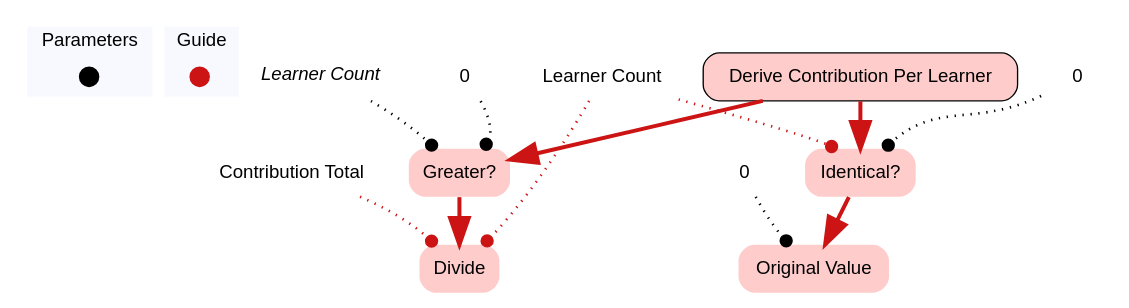
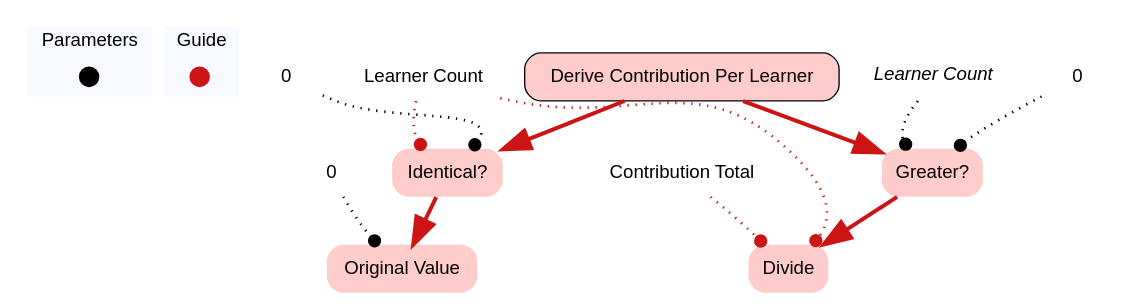
Before and after one commit to MilesParker/Synergies: the diagram in edu.osu.synergies.ascape/WebContent/SocialResources/graphvis/guide_deriveContributionPerLearner.dot, drawn with Graphviz. The commit also changed other lines of this file and 133 other files, not shown here.

```diff
--- a/edu.osu.synergies.ascape/WebContent/SocialResources/graphvis/guide_deriveContributionPerLearner.dot
+++ b/edu.osu.synergies.ascape/WebContent/SocialResources/graphvis/guide_deriveContributionPerLearner.dot
@@ -1,54 +1,54 @@
 digraph deriveContributionPerLearner {
 
 	subgraph clustercontextKey {
 		fontname=Helvetica;
 		label="Parameters";
 		style="filled";
 		fillcolor=ghostwhite;
 		color=white;
 		labeljust=l;
 		contextOverview [style=filled,shape=point,fixedsize=true,width=.2,height=.2,fontcolor=white,color="black",label=""];
 	}
 	subgraph clusterguideKey {
 		fontname=Helvetica;
 		nodesep=0.1;
 		style="filled";
 		fillcolor=ghostwhite;
 		label="Guide";
 		color=white;
 		labeljust=l;
 		deriveContributionPerLearnerOverview [fontname=Helvetica,style=filled,shape=point,fixedsize=true,width=.2,height=.2,fontcolor=white,color="0.0, 0.9 , 0.8",label="",URL="guide__Overview.svg"];
 
 	}
+		guidelearnerCount [shape=none,fontsize=14,style="filled",fontname=Helvetica,color=none,fillcolor=white,label="Learner Count"];
+		guidecontributionTotal [shape=none,fontsize=14,style="filled",fontname=Helvetica,color=none,fillcolor=white,label="Contribution Total"];
 		socialResourceslearnerCount [shape=none,fontsize=14,style="filled",fontname=Helvetica,color=none,fillcolor=white,label=<<i>Learner Count</i>>];
-		guidecontributionTotal [shape=none,fontsize=14,style="filled",fontname=Helvetica,color=none,fillcolor=white,label="Contribution Total"];
-		guidelearnerCount [shape=none,fontsize=14,style="filled",fontname=Helvetica,color=none,fillcolor=white,label="Learner Count"];
 
 //subgraph clusterderiveContributionPerLearner {
 	//style=filled;
 	//color=white;
 	//fillcolor="0.0, 0.0, 0.98";
 		deriveContributionPerLearner [shape=box,style="rounded,filled",fontname=Helvetica,color=black,fillcolor="0.0, 0.2, 1.0",label="Derive Contribution Per Learner",URL="guide_deriveContributionPerLearner.svg"];
 	deriveContributionPerLearner ->  learnerCountGreaterZeroQuery [color="0.0, 0.9 , 0.8",penwidth=3.0,arrowsize=2.0];
 	deriveContributionPerLearner ->  learnerCountIdenticalZeroQuery [color="0.0, 0.9 , 0.8",penwidth=3.0,arrowsize=2.0];
+		originalValueZero [shape=none,style="rounded,filled",fontname=Helvetica,color="0.0, 0.2, 1.0",label="Original Value"];
+		learnerCountIdenticalZeroQuery [shape=none,style="rounded,filled",fontname=Helvetica,color="0.0, 0.2, 1.0",label="Identical?"];
+	learnerCountIdenticalZeroQuery ->  originalValueZero [color="0.0, 0.9 , 0.8",penwidth=3.0,arrowsize=2.0];
+		contributionTotalDivideLearnerCount [shape=none,style="rounded,filled",fontname=Helvetica,color="0.0, 0.2, 1.0",label="Divide"];
 		learnerCountGreaterZeroQuery [shape=none,style="rounded,filled",fontname=Helvetica,color="0.0, 0.2, 1.0",label="Greater?"];
 	learnerCountGreaterZeroQuery ->  contributionTotalDivideLearnerCount [color="0.0, 0.9 , 0.8",penwidth=3.0,arrowsize=2.0];
-		originalValueZero [shape=none,style="rounded,filled",fontname=Helvetica,color="0.0, 0.2, 1.0",label="Original Value"];
-		contributionTotalDivideLearnerCount [shape=none,style="rounded,filled",fontname=Helvetica,color="0.0, 0.2, 1.0",label="Divide"];
-		learnerCountIdenticalZeroQuery [shape=none,style="rounded,filled",fontname=Helvetica,color="0.0, 0.2, 1.0",label="Identical?"];
-	learnerCountIdenticalZeroQuery ->  originalValueZero [color="0.0, 0.9 , 0.8",penwidth=3.0,arrowsize=2.0];
 //}
+	
+		importxyxoriginalValueZerofunctionszero0 [fontname=Helvetica,shape=none,label="0"];
+		importxyxoriginalValueZerofunctionszero0 -> originalValueZero:nw [style=dotted,arrowhead=dot,color=black,penwidth=2.0];
+		guidelearnerCount -> learnerCountIdenticalZeroQuery:nw [style=dotted,arrowhead=dot,color="0.0, 0.9 , 0.8",penwidth=2.0];
+	
+		importxyxlearnerCountIdenticalZeroQueryfunctionszero0 [fontname=Helvetica,shape=none,label="0"];
+		importxyxlearnerCountIdenticalZeroQueryfunctionszero0 -> learnerCountIdenticalZeroQuery:ne [style=dotted,arrowhead=dot,color=black,penwidth=2.0];
+		guidecontributionTotal -> contributionTotalDivideLearnerCount:nw [style=dotted,arrowhead=dot,color="0.0, 0.9 , 0.8",penwidth=2.0];
+		guidelearnerCount -> contributionTotalDivideLearnerCount:ne [style=dotted,arrowhead=dot,color="0.0, 0.9 , 0.8",penwidth=2.0];
 		socialResourceslearnerCount -> learnerCountGreaterZeroQuery:nw [style=dotted,arrowhead=dot,color=black,penwidth=2.0];
 	
 		importxyxlearnerCountGreaterZeroQueryfunctionszero0 [fontname=Helvetica,shape=none,label="0"];
 		importxyxlearnerCountGreaterZeroQueryfunctionszero0 -> learnerCountGreaterZeroQuery:ne [style=dotted,arrowhead=dot,color=black,penwidth=2.0];
-	
-		importxyxoriginalValueZerofunctionszero0 [fontname=Helvetica,shape=none,label="0"];
-		importxyxoriginalValueZerofunctionszero0 -> originalValueZero:nw [style=dotted,arrowhead=dot,color=black,penwidth=2.0];
-		guidecontributionTotal -> contributionTotalDivideLearnerCount:nw [style=dotted,arrowhead=dot,color="0.0, 0.9 , 0.8",penwidth=2.0];
-		guidelearnerCount -> contributionTotalDivideLearnerCount:ne [style=dotted,arrowhead=dot,color="0.0, 0.9 , 0.8",penwidth=2.0];
-		guidelearnerCount -> learnerCountIdenticalZeroQuery:nw [style=dotted,arrowhead=dot,color="0.0, 0.9 , 0.8",penwidth=2.0];
-	
-		importxyxlearnerCountIdenticalZeroQueryfunctionszero0 [fontname=Helvetica,shape=none,label="0"];
-		importxyxlearnerCountIdenticalZeroQueryfunctionszero0 -> learnerCountIdenticalZeroQuery:ne [style=dotted,arrowhead=dot,color=black,penwidth=2.0];
 }
```
